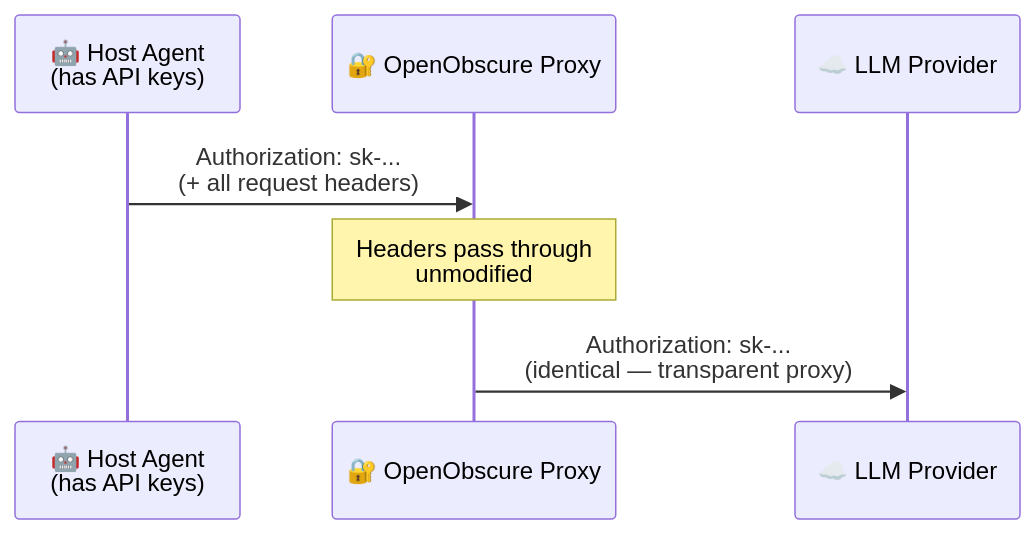
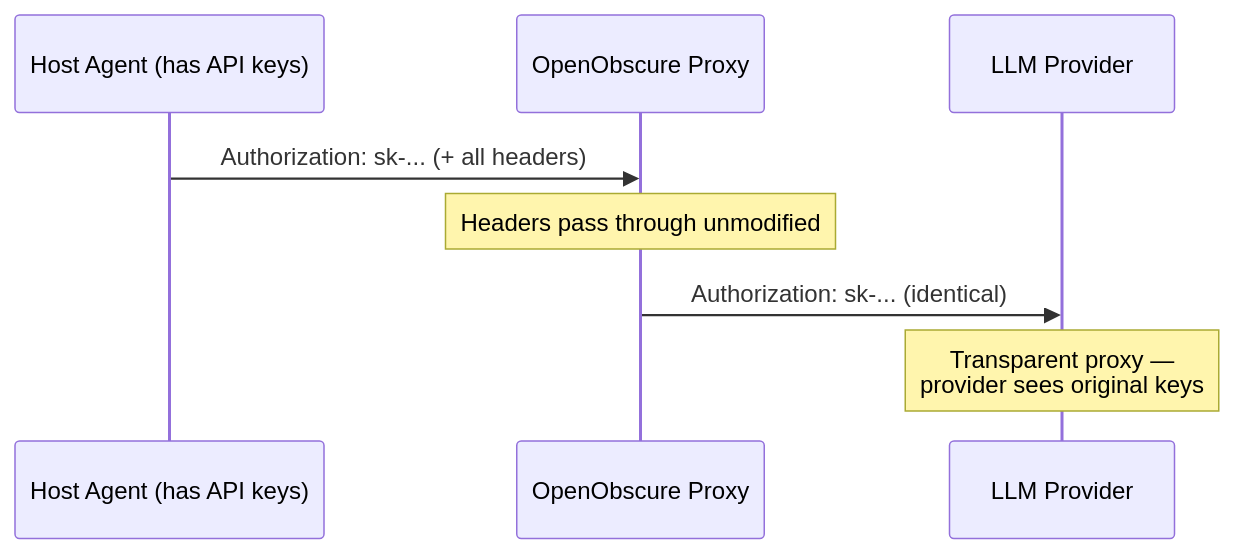
One commit to OpenObscure/OpenObscure changed the tenth of 15 diagrams in ARCHITECTURE.md. Above: the diagram before and after it, drawn with Mermaid. The commit also changed other lines of this file and 1 other file, not shown here.

First line of the commit message:
Fix 20 Mermaid diagrams: clarity, accuracy, consistency

````diff
--- a/ARCHITECTURE.md
+++ b/ARCHITECTURE.md
@@ -380,10 +389,11 @@
 ```mermaid
 sequenceDiagram
-    participant A as 🤖 Host Agent<br/>(has API keys)
-    participant P as 🔐 OpenObscure Proxy
-    participant L as ☁️ LLM Provider
+    participant A as Host Agent (has API keys)
+    participant P as OpenObscure Proxy
+    participant L as LLM Provider
 
-    A->>P: Authorization: sk-...<br/>(+ all request headers)
-    Note over P: Headers pass through<br/>unmodified
-    P->>L: Authorization: sk-...<br/>(identical — transparent proxy)
+    A->>P: Authorization: sk-... (+ all headers)
+    Note over P: Headers pass through unmodified
+    P->>L: Authorization: sk-... (identical)
+    Note over L: Transparent proxy —<br/>provider sees original keys
 ```
````
